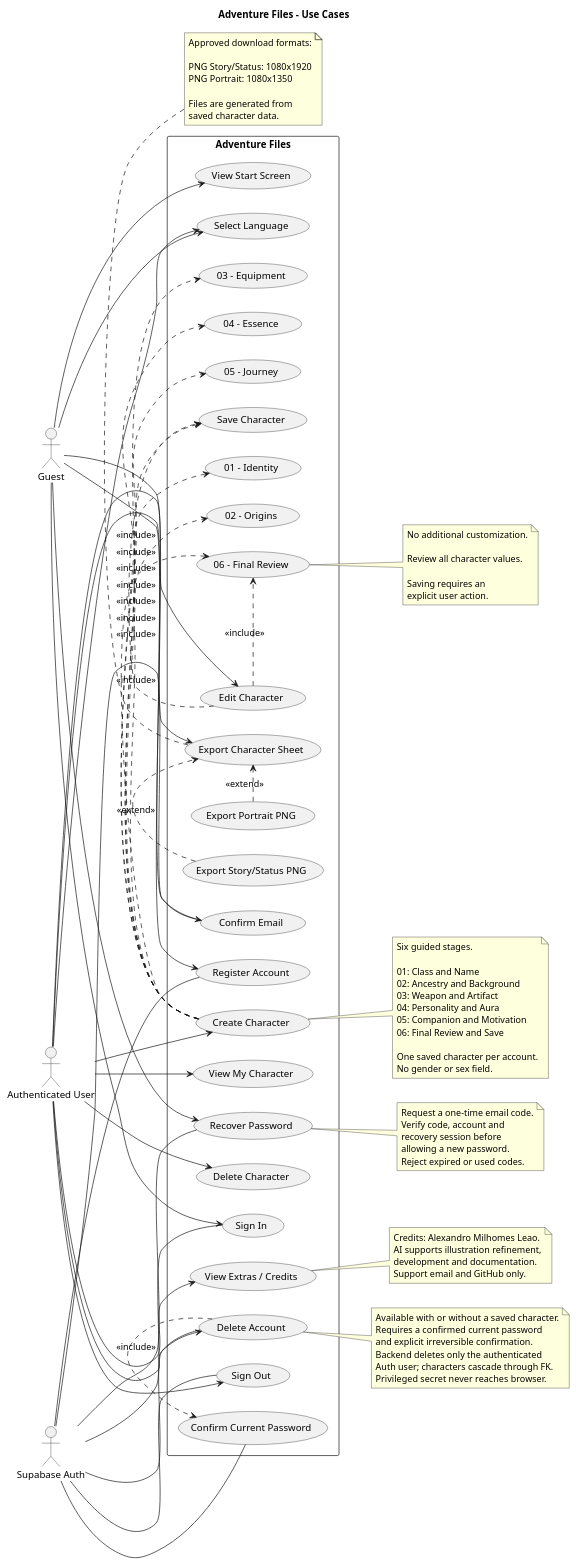
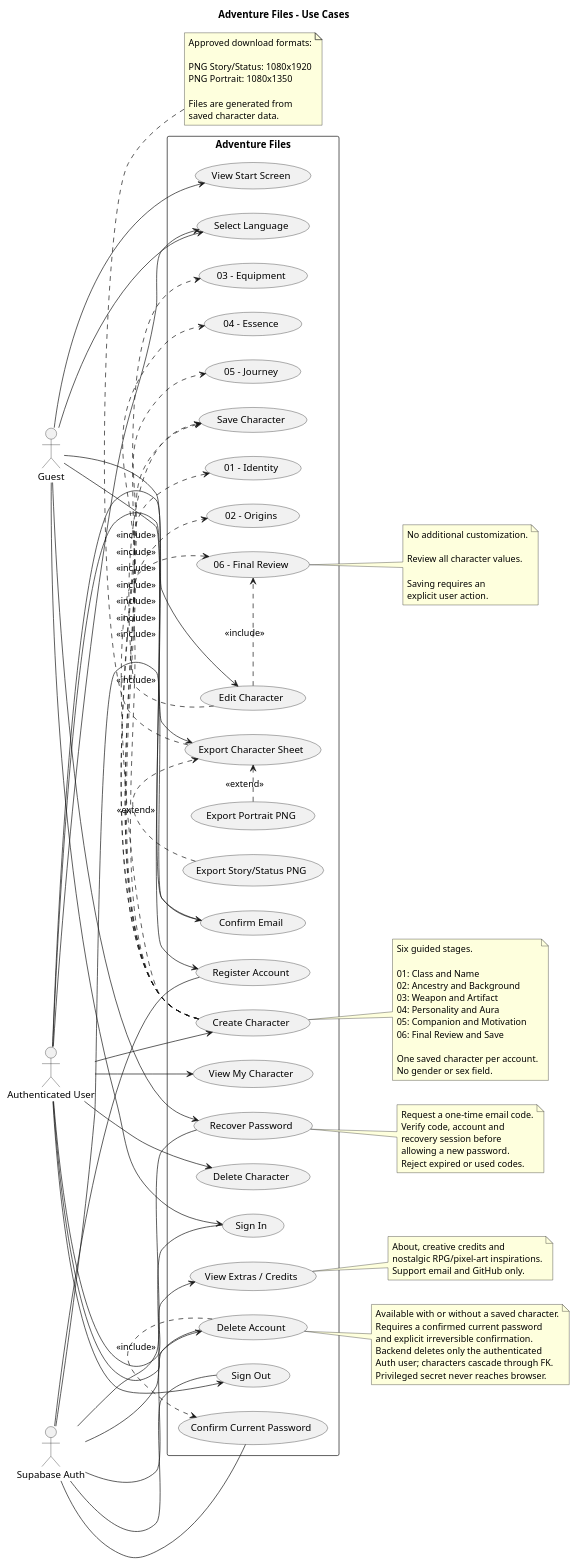
One commit to AlexandroLeao/rpg-character-creator changed the diagram in docs/uml/use-cases.puml. Above: the diagram before and after it, drawn with PlantUML. The commit also changed 8 other files, not shown here.

```diff
--- a/docs/uml/use-cases.puml
+++ b/docs/uml/use-cases.puml
@@ -1,145 +1,144 @@
 @startuml
 title Adventure Files - Use Cases
 
 left to right direction
 
 skinparam shadowing false
 skinparam packageStyle rectangle
 
 actor "Guest" as Guest
 actor "Authenticated User" as User
 actor "Supabase Auth" as Auth
 
 rectangle "Adventure Files" {
 
     usecase "View Start Screen" as Welcome
     usecase "Select Language" as Language
 
     usecase "Register Account" as Register
     usecase "Confirm Email" as Confirm
     usecase "Sign In" as Login
     usecase "Recover Password" as Recover
     usecase "Sign Out" as Logout
 
     usecase "Create Character" as Create
 
     usecase "01 - Identity" as Identity
     usecase "02 - Origins" as Origins
     usecase "03 - Equipment" as Equipment
     usecase "04 - Essence" as Essence
     usecase "05 - Journey" as Journey
     usecase "06 - Final Review" as Review
 
     usecase "Save Character" as Save
 
     usecase "View My Character" as View
     usecase "Edit Character" as Edit
     usecase "Delete Character" as Delete
     usecase "Delete Account" as DeleteAccount
     usecase "Confirm Current Password" as Reauthenticate
     usecase "View Extras / Credits" as Extras
 
     usecase "Export Character Sheet" as Export
     usecase "Export Story/Status PNG" as ExportStory
     usecase "Export Portrait PNG" as ExportPortrait
 }
 
 Guest --> Welcome
 Guest --> Language
 Guest --> Register
 Guest --> Confirm
 Guest --> Login
 Guest --> Recover
 
 User --> Language
 User --> Logout
 User --> Create
 User --> View
 User --> Edit
 User --> Delete
 User --> DeleteAccount
 User --> Extras
 User --> Export
 
 Create .> Identity : <<include>>
 Create .> Origins : <<include>>
 Create .> Equipment : <<include>>
 Create .> Essence : <<include>>
 Create .> Journey : <<include>>
 Create .> Review : <<include>>
 Create .> Save : <<include>>
 
 Edit .> Review : <<include>>
 Edit .> Save : <<include>>
 
 DeleteAccount .> Reauthenticate : <<include>>
 
 ExportStory .> Export : <<extend>>
 ExportPortrait .> Export : <<extend>>
 
 Auth -- Register
 Auth -- Confirm
 Auth -- Login
 Auth -- Recover
 Auth -- Logout
 Auth -- Reauthenticate
 Auth -- DeleteAccount
 
 note right of Recover
   Request a one-time email code.
   Verify code, account and
   recovery session before
   allowing a new password.
   Reject expired or used codes.
 end note
 
 note right of DeleteAccount
   Available with or without a saved character.
   Requires a confirmed current password
   and explicit irreversible confirmation.
   Backend deletes only the authenticated
   Auth user; characters cascade through FK.
   Privileged secret never reaches browser.
 end note
 
 note right of Extras
-  Credits: Alexandro Milhomes Leao.
-  AI supports illustration refinement,
-  development and documentation.
+  About, creative credits and
+  nostalgic RPG/pixel-art inspirations.
   Support email and GitHub only.
 end note
 
 note right of Create
   Six guided stages.
 
   01: Class and Name
   02: Ancestry and Background
   03: Weapon and Artifact
   04: Personality and Aura
   05: Companion and Motivation
   06: Final Review and Save
 
   One saved character per account.
   No gender or sex field.
 end note
 
 note right of Review
   No additional customization.
 
   Review all character values.
 
   Saving requires an
   explicit user action.
 end note
 
 note bottom of Export
   Approved download formats:
 
   PNG Story/Status: 1080x1920
   PNG Portrait: 1080x1350
 
   Files are generated from
   saved character data.
 end note
 
 @enduml
```
